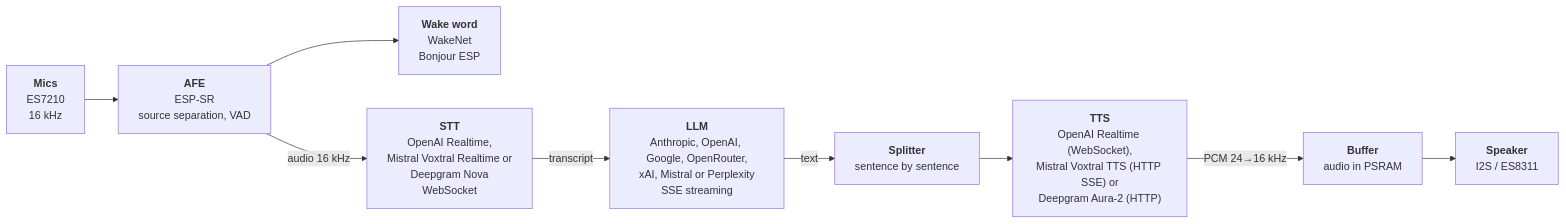
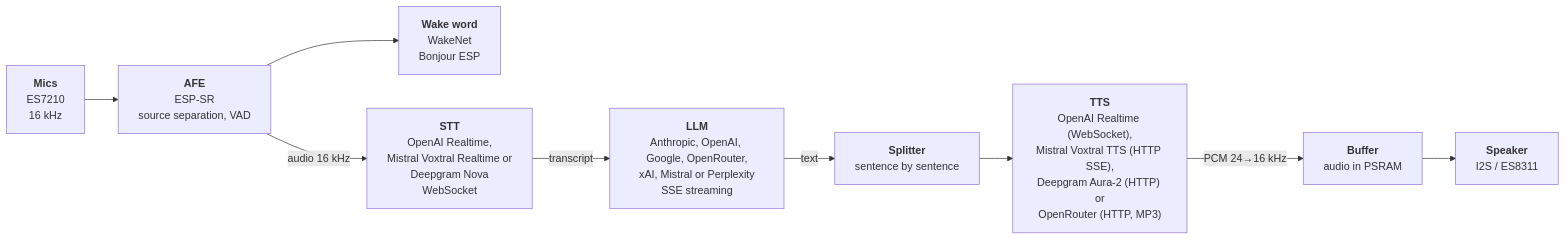
One commit to vletroye/ESP32-S3-Voice-Assistant changed the diagram in README.md. Above: the diagram before and after it, drawn with Mermaid. The commit also changed other lines of this file and 9 other files, not shown here.

First line of the commit message:
Speech through OpenRouter (deepgram/aura-2): MP3 streamed and decoded on the device

````diff
--- a/README.md
+++ b/README.md
@@ -1313,11 +1317,11 @@
 ```mermaid
 flowchart LR
     MIC["<b>Mics</b><br/>ES7210<br/>16 kHz"] --> AFE["<b>AFE</b><br/>ESP-SR<br/>source separation, VAD"]
     AFE --> WN["<b>Wake word</b><br/>WakeNet<br/>Bonjour ESP"]
     AFE -->|audio 16 kHz| STT["<b>STT</b><br/>OpenAI Realtime,<br/>Mistral Voxtral Realtime or<br/>Deepgram Nova<br/>WebSocket"]
     STT -->|transcript| LLM["<b>LLM</b><br/>Anthropic, OpenAI, Google, OpenRouter,<br/>xAI, Mistral or Perplexity<br/>SSE streaming"]
     LLM -->|text| SPL["<b>Splitter</b><br/>sentence by sentence"]
-    SPL --> TTS["<b>TTS</b><br/>OpenAI Realtime (WebSocket),<br/>Mistral Voxtral TTS (HTTP SSE) or<br/>Deepgram Aura-2 (HTTP)"]
+    SPL --> TTS["<b>TTS</b><br/>OpenAI Realtime (WebSocket),<br/>Mistral Voxtral TTS (HTTP SSE),<br/>Deepgram Aura-2 (HTTP) or<br/>OpenRouter (HTTP, MP3)"]
     TTS -->|PCM 24→16 kHz| BUF["<b>Buffer</b><br/>audio in PSRAM"]
     BUF --> SPK["<b>Speaker</b><br/>I2S / ES8311"]
 ```
````
